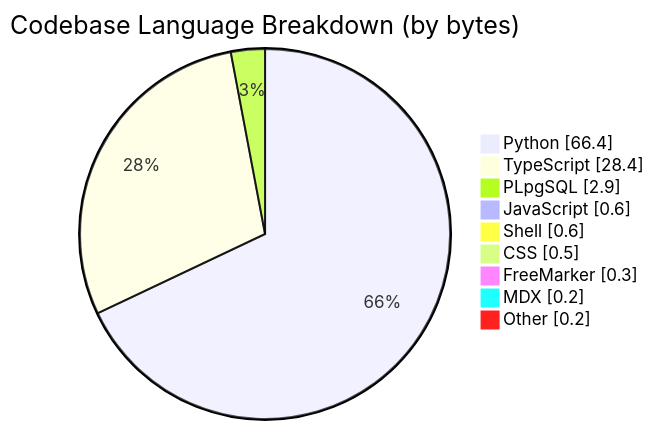
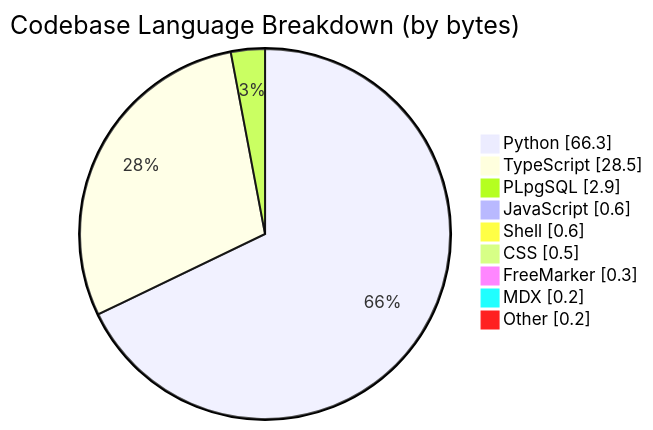
Before and after one commit to CSTH-Projects/.github: the third of 4 diagrams in profile/README.md, drawn with Mermaid. The commit also changed other lines of this file, not shown here.

````diff
--- a/profile/README.md
+++ b/profile/README.md
@@ -63,13 +63,13 @@
 ```mermaid
 pie showData
     title Codebase Language Breakdown (by bytes)
-    "Python" : 66.4
-    "TypeScript" : 28.4
+    "Python" : 66.3
+    "TypeScript" : 28.5
     "PLpgSQL" : 2.9
     "JavaScript" : 0.6
     "Shell" : 0.6
     "CSS" : 0.5
     "FreeMarker" : 0.3
     "MDX" : 0.2
     "Other" : 0.2
 ```
````
